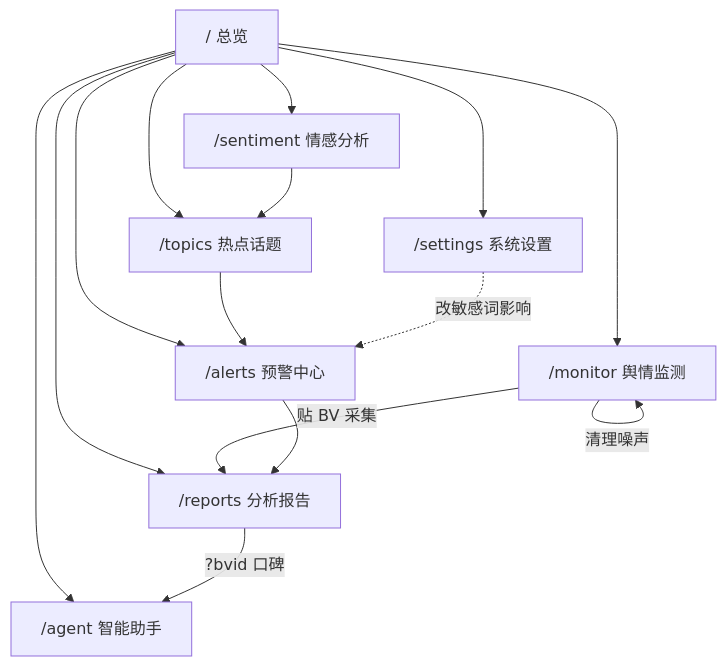
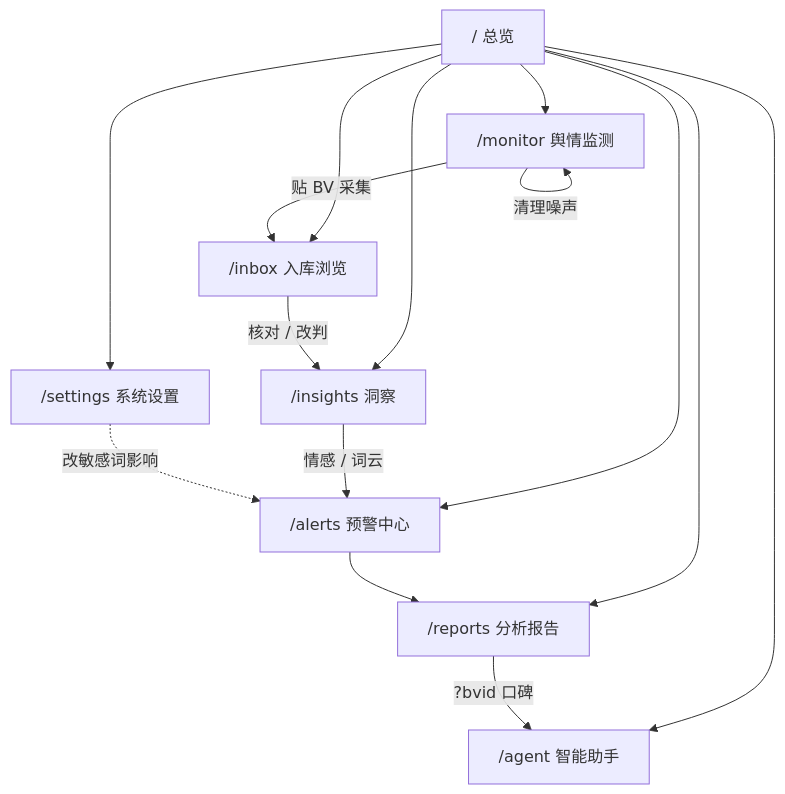
Diagram 13 of 13 in docs/diagrams.md (LinJJ12/yuqing), drawn with Mermaid before and after one commit. The commit also changed other lines of this file and 13 other files, not shown here.

````diff
--- a/docs/diagrams.md
+++ b/docs/diagrams.md
@@ -394,18 +394,18 @@
 ```mermaid
 flowchart TB
     O["/ 总览"] --> M["/monitor 舆情监测"]
-    O --> S["/sentiment 情感分析"]
-    O --> T["/topics 热点话题"]
+    O --> I["/inbox 入库浏览"]
+    O --> INS["/insights 洞察"]
     O --> A["/alerts 预警中心"]
     O --> R["/reports 分析报告"]
     O --> AG["/agent 智能助手"]
     O --> SET["/settings 系统设置"]
 
-    M -->|贴 BV 采集| R
+    M -->|贴 BV 采集| I
     M -->|清理噪声| M
+    I -->|核对 / 改判| INS
+    INS -->|情感 / 词云| A
     R -->|?bvid 口碑| AG
-    S --> T
-    T --> A
     A --> R
     SET -.->|改敏感词影响| A
 ```
````
